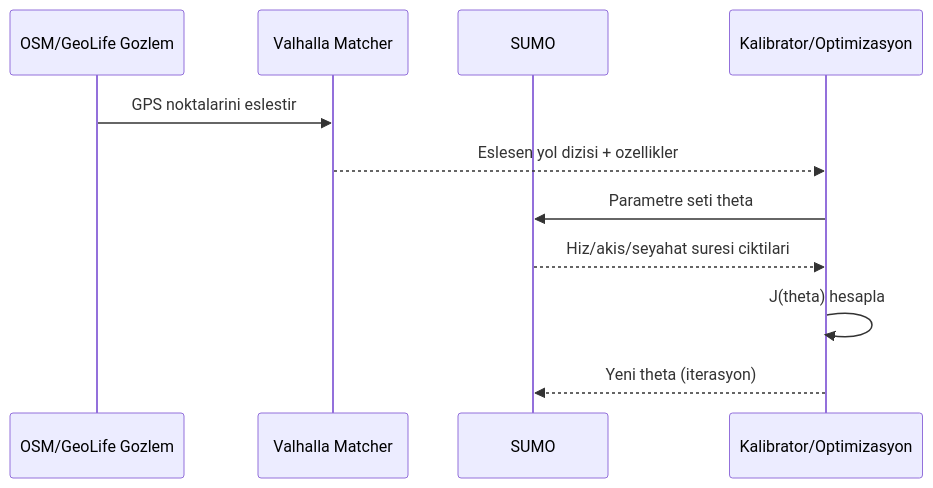
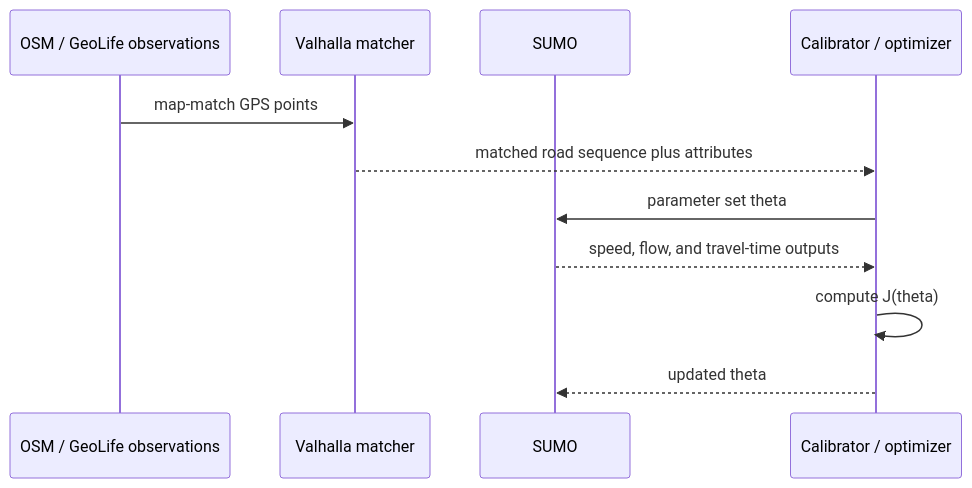
One commit to alireal973/motomap changed the third of 3 diagrams in docs/research/2026-03-02-valhalla-google-sumo-osm-geolife-kaynak-notu.md. Above: the diagram before and after it, drawn with Mermaid. The commit also changed other lines of this file and 38 other files, not shown here.

````diff
--- a/docs/research/2026-03-02-valhalla-google-sumo-osm-geolife-kaynak-notu.md
+++ b/docs/research/2026-03-02-valhalla-google-sumo-osm-geolife-kaynak-notu.md
@@ -58,14 +61,14 @@
 ```mermaid
 sequenceDiagram
-  participant O as OSM/GeoLife Gozlem
-  participant V as Valhalla Matcher
+  participant O as OSM / GeoLife observations
+  participant V as Valhalla matcher
   participant S as SUMO
-  participant K as Kalibrator/Optimizasyon
+  participant K as Calibrator / optimizer
 
-  O->>V: GPS noktalarini eslestir
-  V-->>K: Eslesen yol dizisi + ozellikler
-  K->>S: Parametre seti theta
-  S-->>K: Hiz/akis/seyahat suresi ciktilari
-  K->>K: J(theta) hesapla
-  K-->>S: Yeni theta (iterasyon)
+  O->>V: map-match GPS points
+  V-->>K: matched road sequence plus attributes
+  K->>S: parameter set theta
+  S-->>K: speed, flow, and travel-time outputs
+  K->>K: compute J(theta)
+  K-->>S: updated theta
 ```
````
